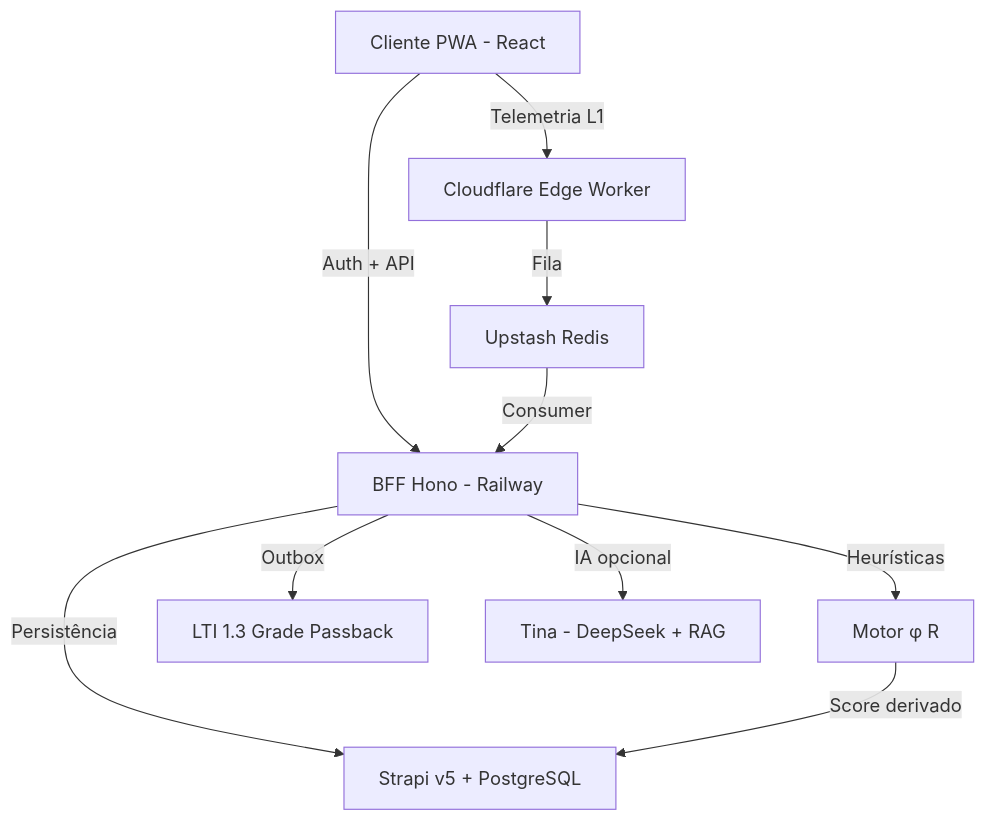
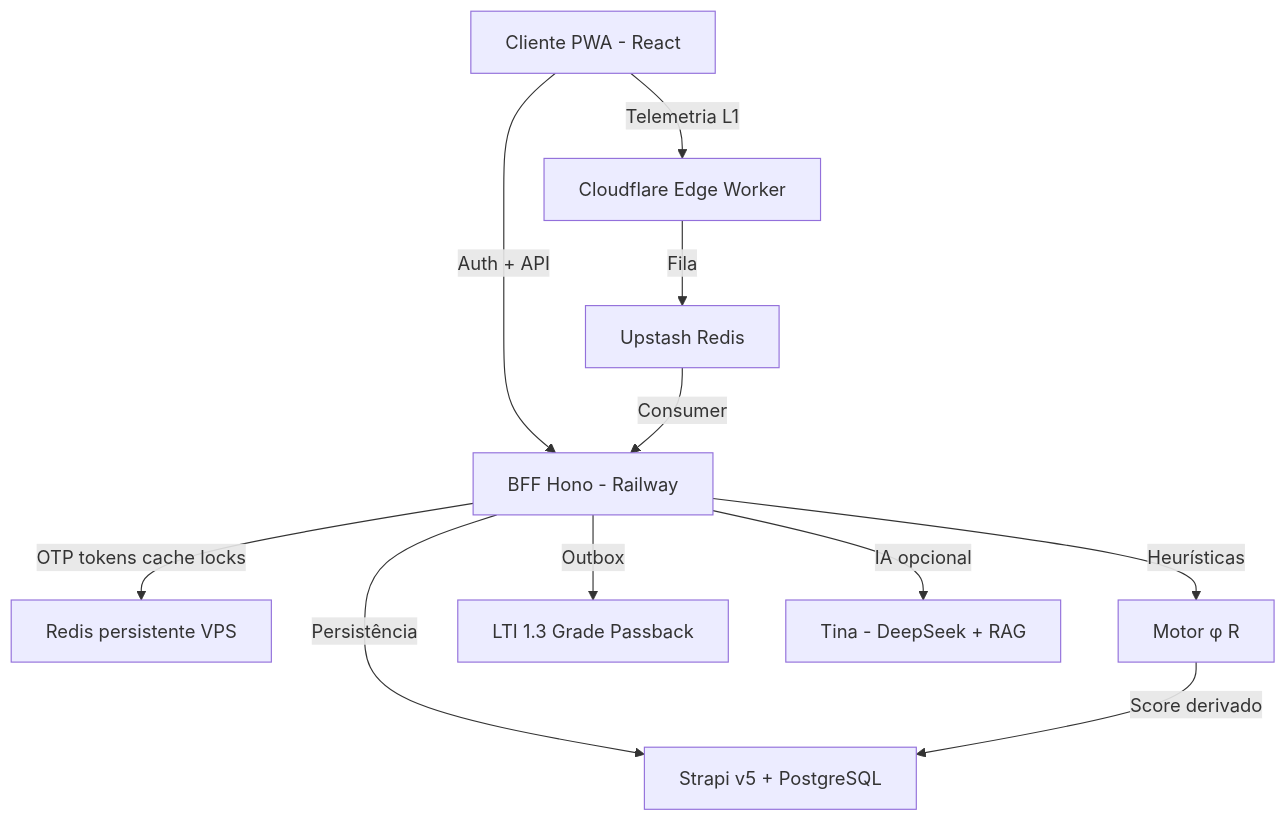
Before and after one commit to TARSENFOLD/pdc: the first of 3 diagrams in specs/IMPORTANTE/01_—_Visão_do_Produto_(Canónica).md, drawn with Mermaid. The commit also changed other lines of this file and 33 other files, not shown here.

````diff
--- a/specs/IMPORTANTE/01_—_Visão_do_Produto_(Canónica).md
+++ b/specs/IMPORTANTE/01_—_Visão_do_Produto_(Canónica).md
@@ -65,12 +66,13 @@
 ```mermaid
 graph TD
     A[Cliente PWA - React] -->|Telemetria L1| B[Cloudflare Edge Worker]
     A -->|Auth + API| D[BFF Hono - Railway]
     B -->|Fila| C[Upstash Redis]
     C -->|Consumer| D
+    D -->|OTP tokens cache locks| I[Redis persistente VPS]
     D -->|Heurísticas| E[Motor φ R]
     D -->|Outbox| F[LTI 1.3 Grade Passback]
     D -->|Persistência| G[Strapi v5 + PostgreSQL]
     D -->|IA opcional| H[Tina - DeepSeek + RAG]
     E -->|Score derivado| G
 ```
````
